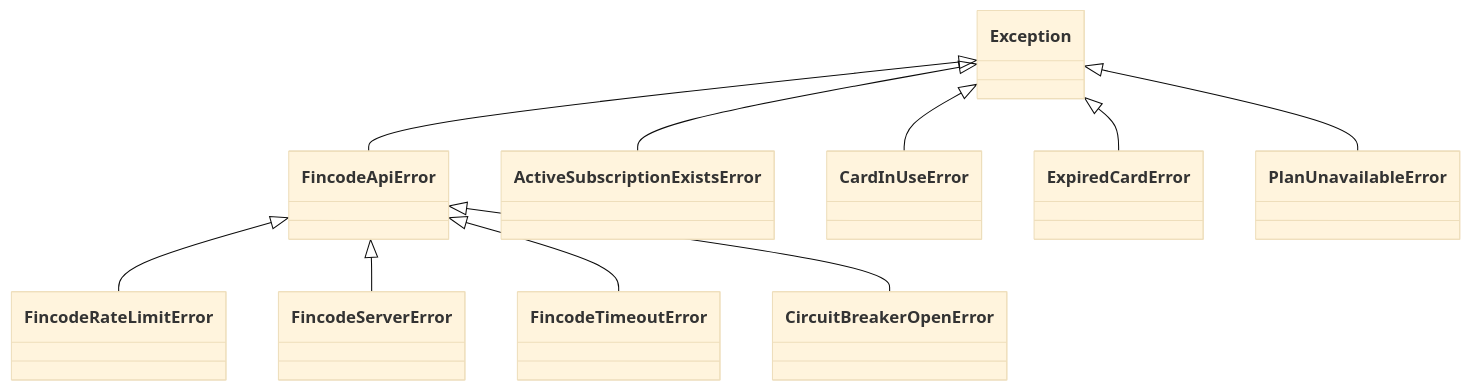
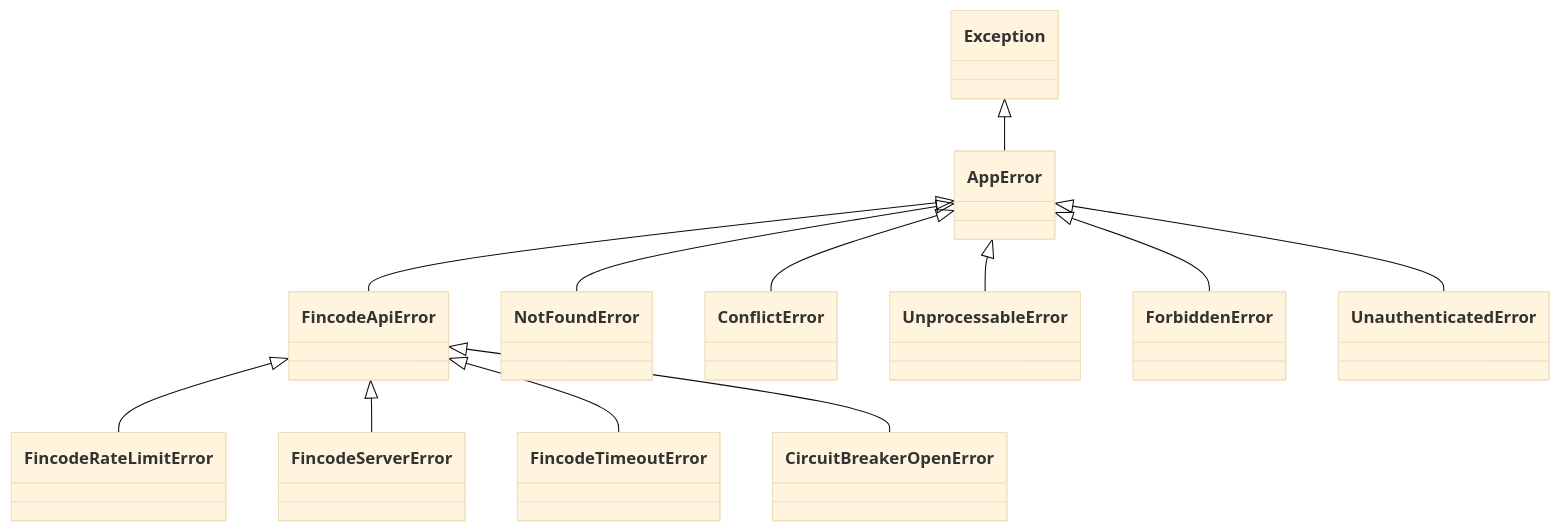
Before and after one commit to mathu-fn/fincode-subscription-starter: the first of 2 diagrams in docs/architecture/error-handling.md, drawn with Mermaid (base theme). The commit also changed other lines of this file and 30 other files, not shown here.

````diff
--- a/docs/architecture/error-handling.md
+++ b/docs/architecture/error-handling.md
@@ -7,23 +7,27 @@
 ```mermaid
 classDiagram
     class Exception
+    class AppError
     class FincodeApiError
     class FincodeRateLimitError
     class FincodeServerError
     class FincodeTimeoutError
     class CircuitBreakerOpenError
-    class ActiveSubscriptionExistsError
-    class CardInUseError
-    class ExpiredCardError
-    class PlanUnavailableError
+    class NotFoundError
+    class ConflictError
+    class UnprocessableError
+    class ForbiddenError
+    class UnauthenticatedError
 
-    Exception <|-- FincodeApiError
+    Exception <|-- AppError
+    AppError <|-- FincodeApiError
     FincodeApiError <|-- FincodeRateLimitError
     FincodeApiError <|-- FincodeServerError
     FincodeApiError <|-- FincodeTimeoutError
     FincodeApiError <|-- CircuitBreakerOpenError
-    Exception <|-- ActiveSubscriptionExistsError
-    Exception <|-- CardInUseError
-    Exception <|-- ExpiredCardError
-    Exception <|-- PlanUnavailableError
+    AppError <|-- NotFoundError
+    AppError <|-- ConflictError
+    AppError <|-- UnprocessableError
+    AppError <|-- ForbiddenError
+    AppError <|-- UnauthenticatedError
 ```
````
